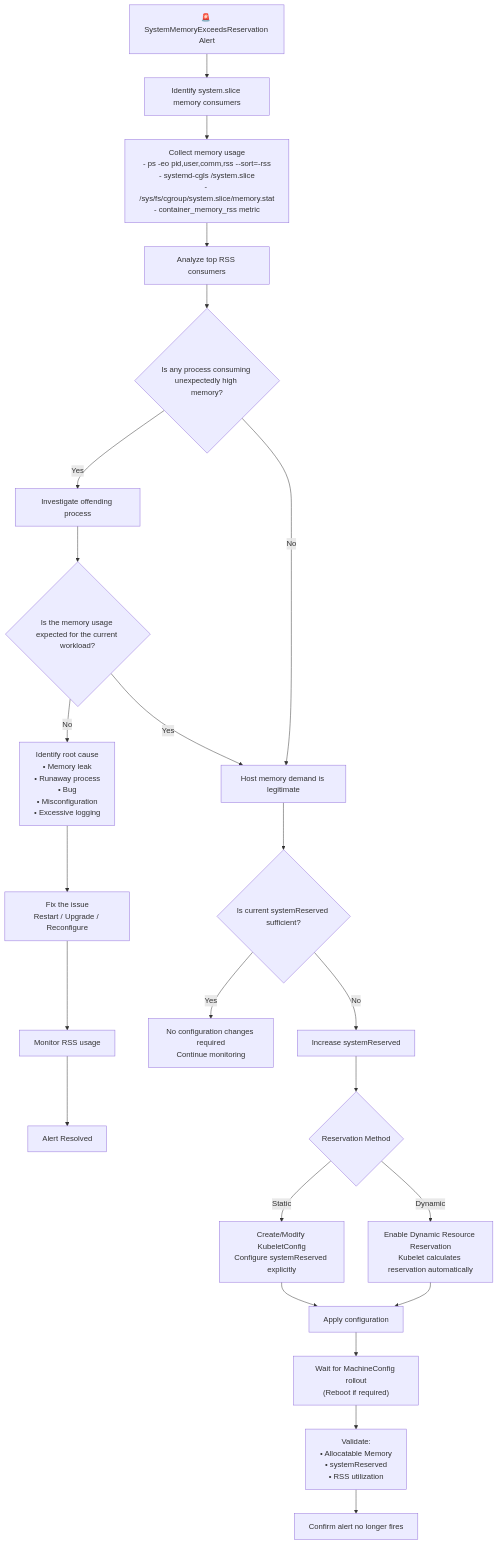
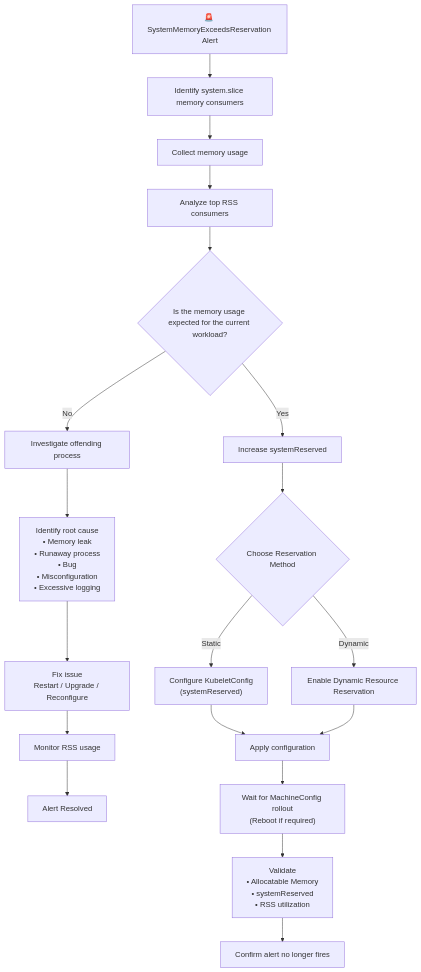
Before and after one commit to vineetsunny/SystemMemoryExceedsReservation: the diagram in SystemMemoryExceedsReservation.md, drawn with Mermaid. The commit also changed other lines of this file, not shown here.

Commit message:
added flowchart

````diff
--- a/SystemMemoryExceedsReservation.md
+++ b/SystemMemoryExceedsReservation.md
@@ -169,68 +160,52 @@
 ```mermaid
 flowchart TD
 
 A["🚨 SystemMemoryExceedsReservation Alert"]
 
 A --> B["Identify system.slice memory consumers"]
 
-B --> C["Collect memory usage
-- ps -eo pid,user,comm,rss --sort=-rss
-- systemd-cgls /system.slice
-- /sys/fs/cgroup/system.slice/memory.stat
-- container_memory_rss metric"]
+B --> C["Collect memory usage"]
 
 C --> D["Analyze top RSS consumers"]
 
-D --> E{"Is any process consuming unexpectedly high memory?"}
+D --> E{"Is the memory usage expected for the current workload?"}
 
-E -->|Yes| F["Investigate offending process"]
+E -->|No| F["Investigate offending process"]
 
-F --> G{"Is the memory usage expected for the current workload?"}
-
-G -->|No| H["Identify root cause
+F --> G["Identify root cause
 • Memory leak
 • Runaway process
 • Bug
 • Misconfiguration
 • Excessive logging"]
 
-H --> I["Fix the issue
+G --> H["Fix issue
 Restart / Upgrade / Reconfigure"]
 
-I --> J["Monitor RSS usage"]
+H --> I["Monitor RSS usage"]
 
-J --> K["Alert Resolved"]
+I --> J["Alert Resolved"]
 
-G -->|Yes| L["Host memory demand is legitimate"]
+E -->|Yes| K["Increase systemReserved"]
 
-E -->|No| L
+K --> L{"Choose Reservation Method"}
 
-L --> M{"Is current systemReserved sufficient?"}
+L -->|Static| M["Configure KubeletConfig
+(systemReserved)"]
 
-M -->|Yes| N["No configuration changes required
-Continue monitoring"]
+L -->|Dynamic| N["Enable Dynamic Resource Reservation"]
 
-M -->|No| O["Increase systemReserved"]
+M --> O["Apply configuration"]
 
-O --> P{"Reservation Method"}
+N --> O
 
-P -->|Static| Q["Create/Modify KubeletConfig
-Configure systemReserved explicitly"]
-
-P -->|Dynamic| R["Enable Dynamic Resource Reservation
-Kubelet calculates reservation automatically"]
-
-Q --> S["Apply configuration"]
-
-R --> S
-
-S --> T["Wait for MachineConfig rollout
+O --> P["Wait for MachineConfig rollout
 (Reboot if required)"]
 
-T --> U["Validate:
+P --> Q["Validate
 • Allocatable Memory
 • systemReserved
 • RSS utilization"]
 
-U --> V["Confirm alert no longer fires"]
+Q --> R["Confirm alert no longer fires"]
 ```
````
